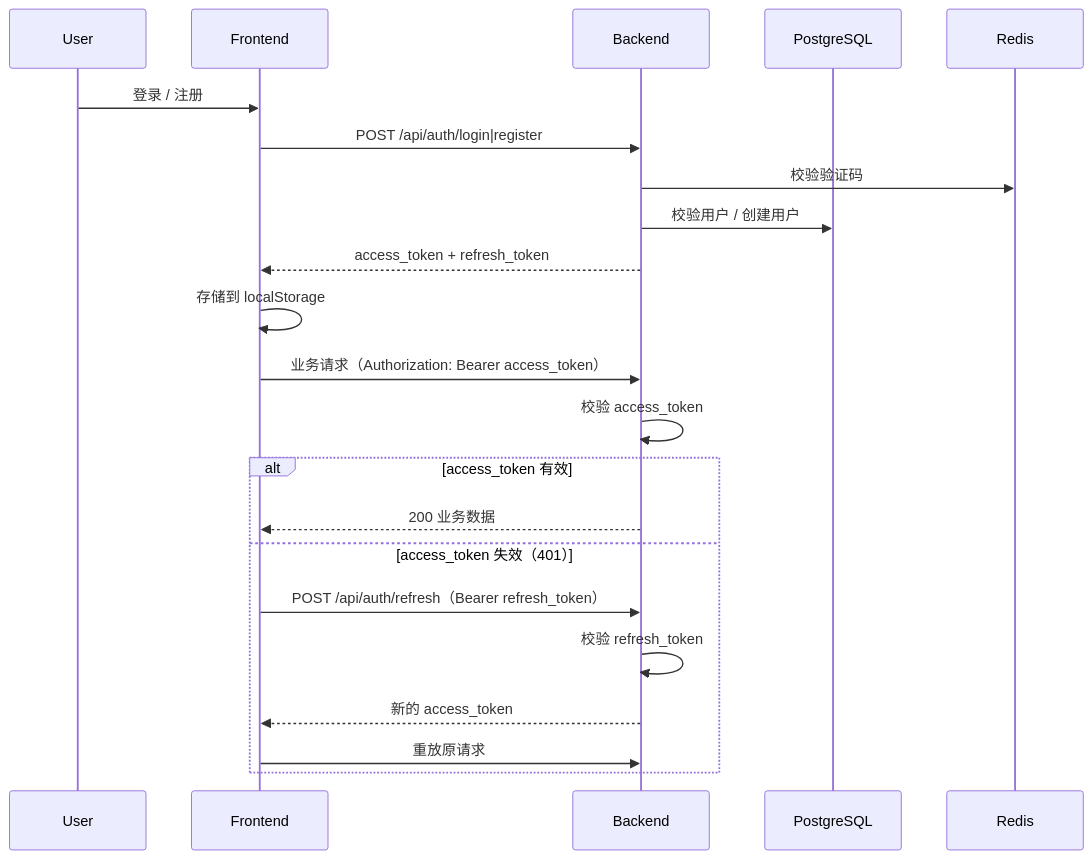
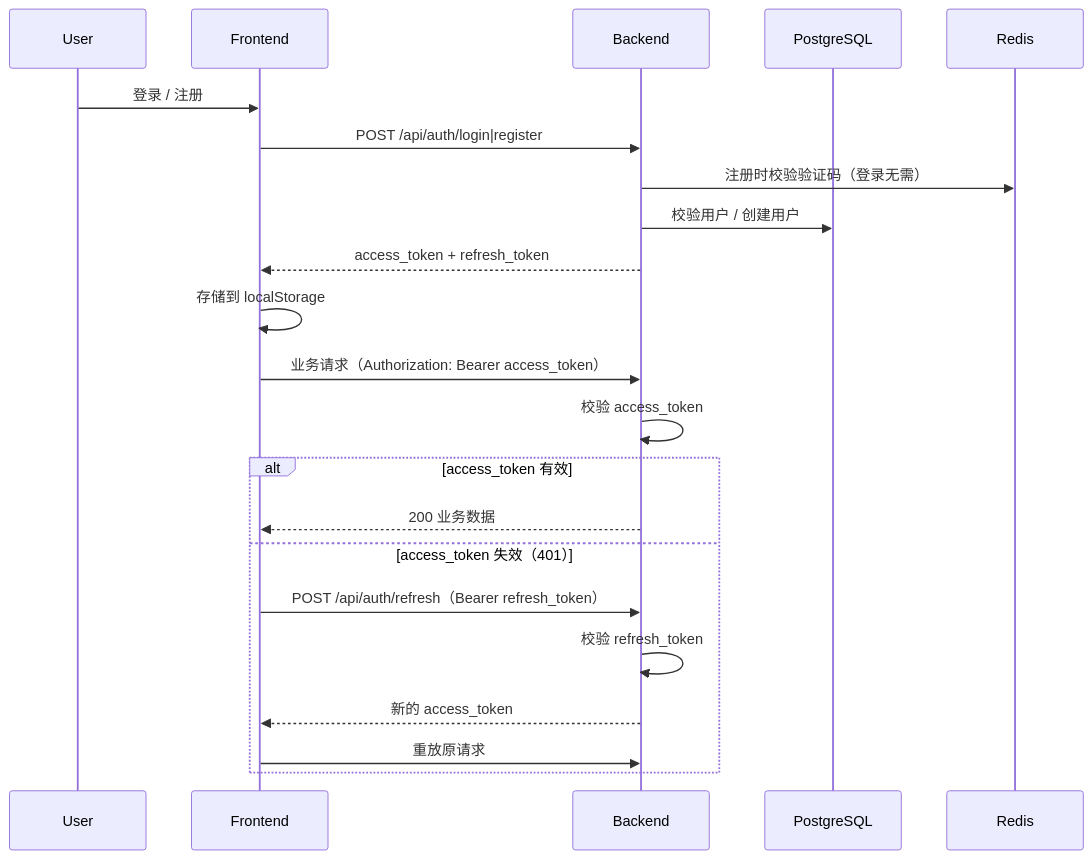
Before and after one commit to weijiakang8-dotcom/Agenthub: the diagram in docs/AUTH_ARCHITECTURE.md, drawn with Mermaid. The commit also changed other lines of this file and 15 other files, not shown here.

````diff
--- a/docs/AUTH_ARCHITECTURE.md
+++ b/docs/AUTH_ARCHITECTURE.md
@@ -17,26 +17,26 @@
 ```mermaid
 sequenceDiagram
     participant U as User
     participant F as Frontend
     participant B as Backend
     participant D as PostgreSQL
     participant R as Redis
 
     U->>F: 登录 / 注册
     F->>B: POST /api/auth/login|register
-    B->>R: 校验验证码
+    B->>R: 注册时校验验证码（登录无需）
     B->>D: 校验用户 / 创建用户
     B-->>F: access_token + refresh_token
     F->>F: 存储到 localStorage
 
     F->>B: 业务请求（Authorization: Bearer access_token）
     B->>B: 校验 access_token
     alt access_token 有效
         B-->>F: 200 业务数据
     else access_token 失效（401）
         F->>B: POST /api/auth/refresh（Bearer refresh_token）
         B->>B: 校验 refresh_token
         B-->>F: 新的 access_token
         F->>B: 重放原请求
     end
 ```
````
